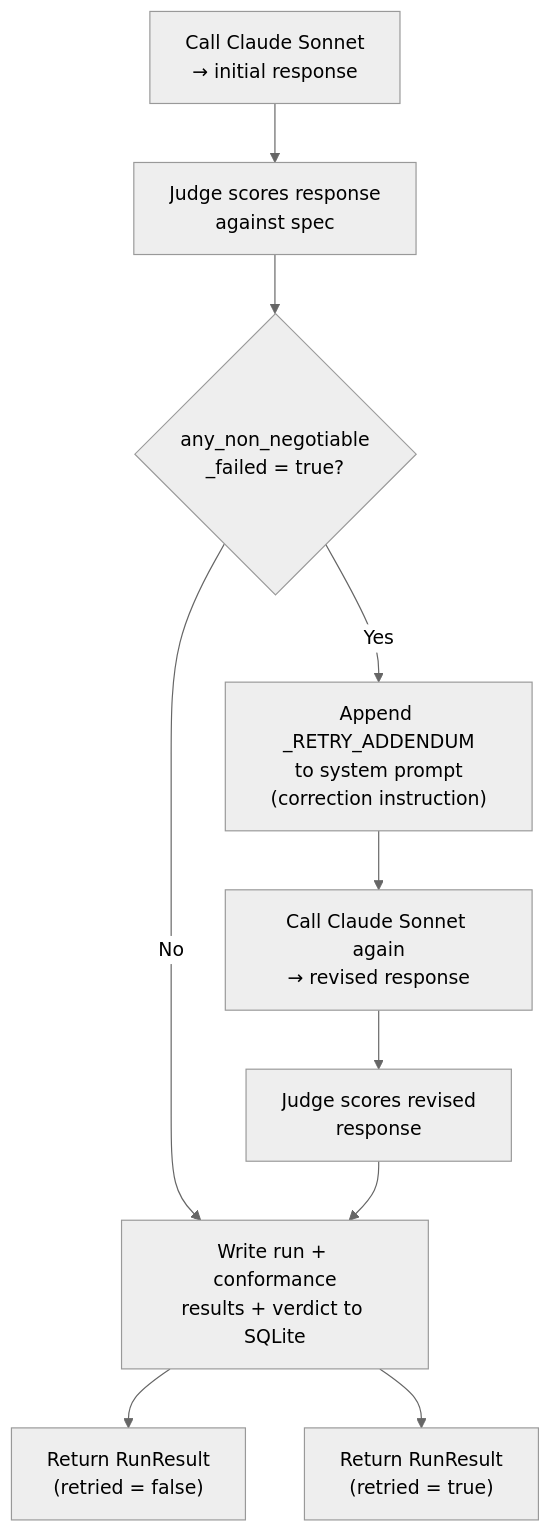
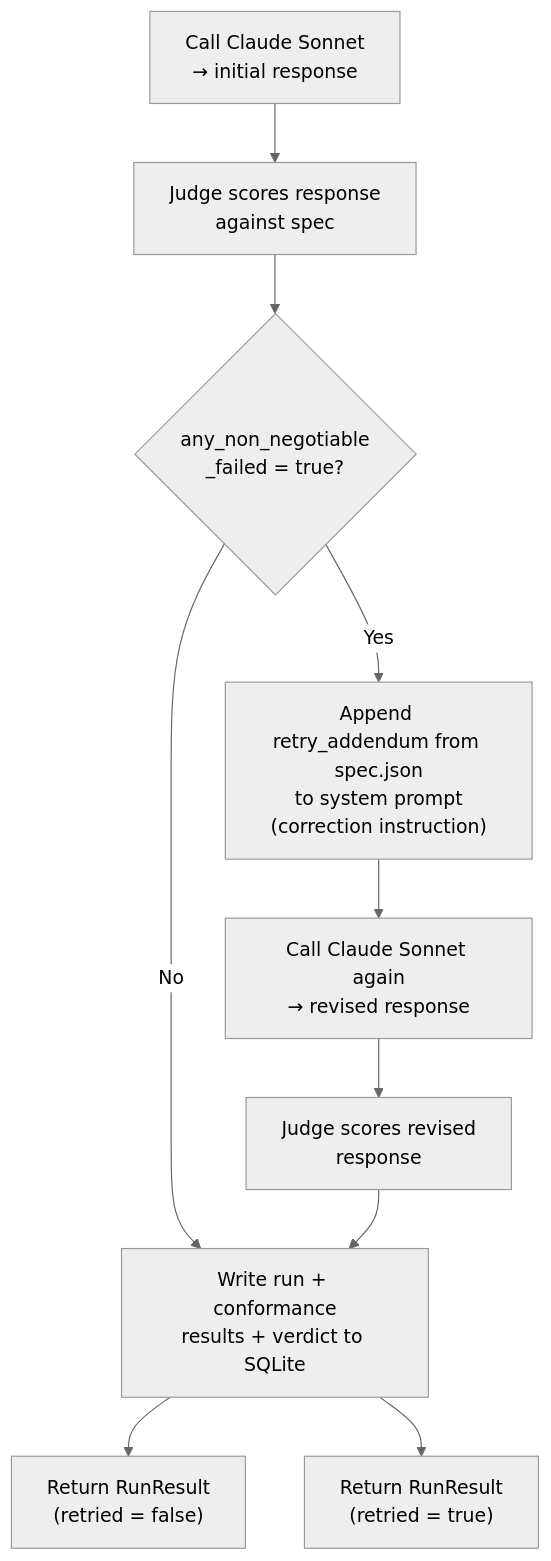
The diagram in docs/behavioral-spec.md (ad25343/GlassBox), drawn with Mermaid (neutral theme) before and after one commit. The commit also changed other lines of this file and 53 other files, not shown here.

````diff
--- a/docs/behavioral-spec.md
+++ b/docs/behavioral-spec.md
@@ -94,22 +102,22 @@
 ```mermaid
 graph TD
     call_sonnet["Call Claude Sonnet\n→ initial response"]
     judge_initial["Judge scores response\nagainst spec"]
     check{"any_non_negotiable\n_failed = true?"}
-    retry_prompt["Append _RETRY_ADDENDUM\nto system prompt\n(correction instruction)"]
+    retry_prompt["Append retry_addendum from spec.json\nto system prompt\n(correction instruction)"]
     call_sonnet_retry["Call Claude Sonnet again\n→ revised response"]
     judge_retry["Judge scores revised\nresponse"]
     write_db["Write run + conformance\nresults + verdict to SQLite"]
     done["Return RunResult\n(retried = true)"]
     done_no_retry["Return RunResult\n(retried = false)"]
 
     call_sonnet --> judge_initial
     judge_initial --> check
     check -->|No| write_db
     write_db --> done_no_retry
     check -->|Yes| retry_prompt
     retry_prompt --> call_sonnet_retry
     call_sonnet_retry --> judge_retry
     judge_retry --> write_db
     write_db --> done
 ```
````
